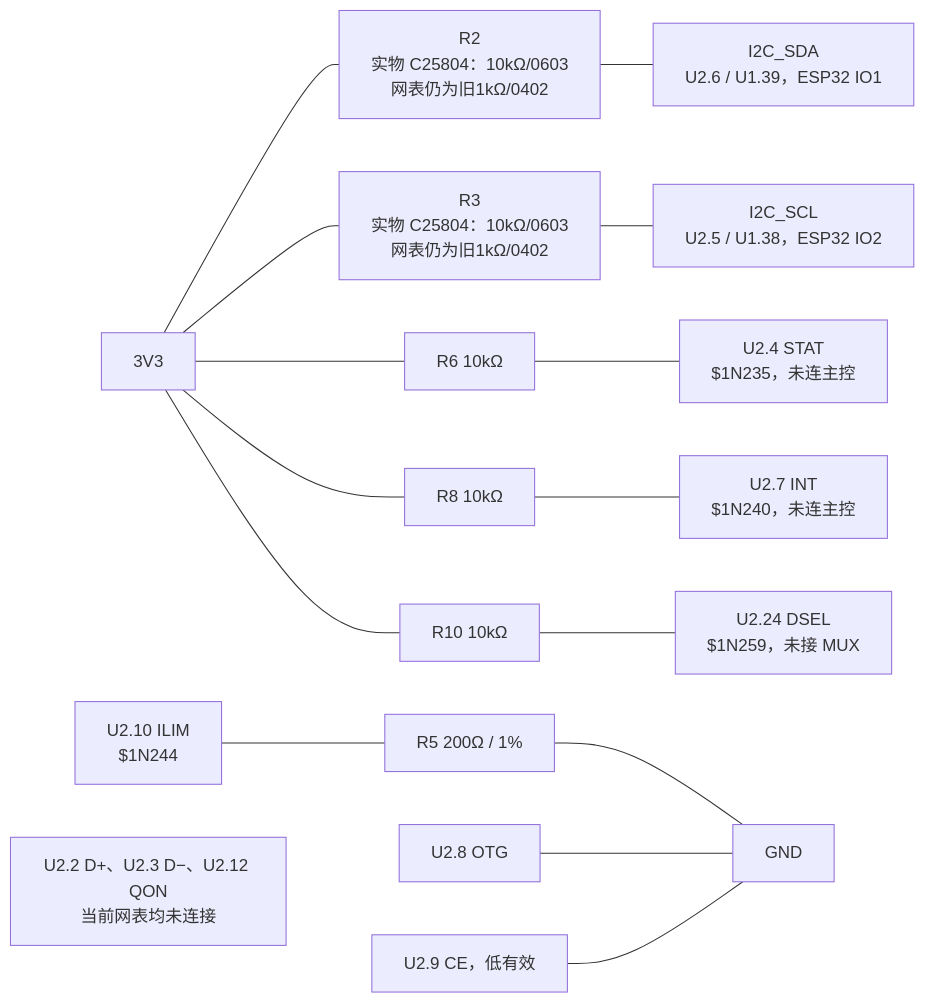
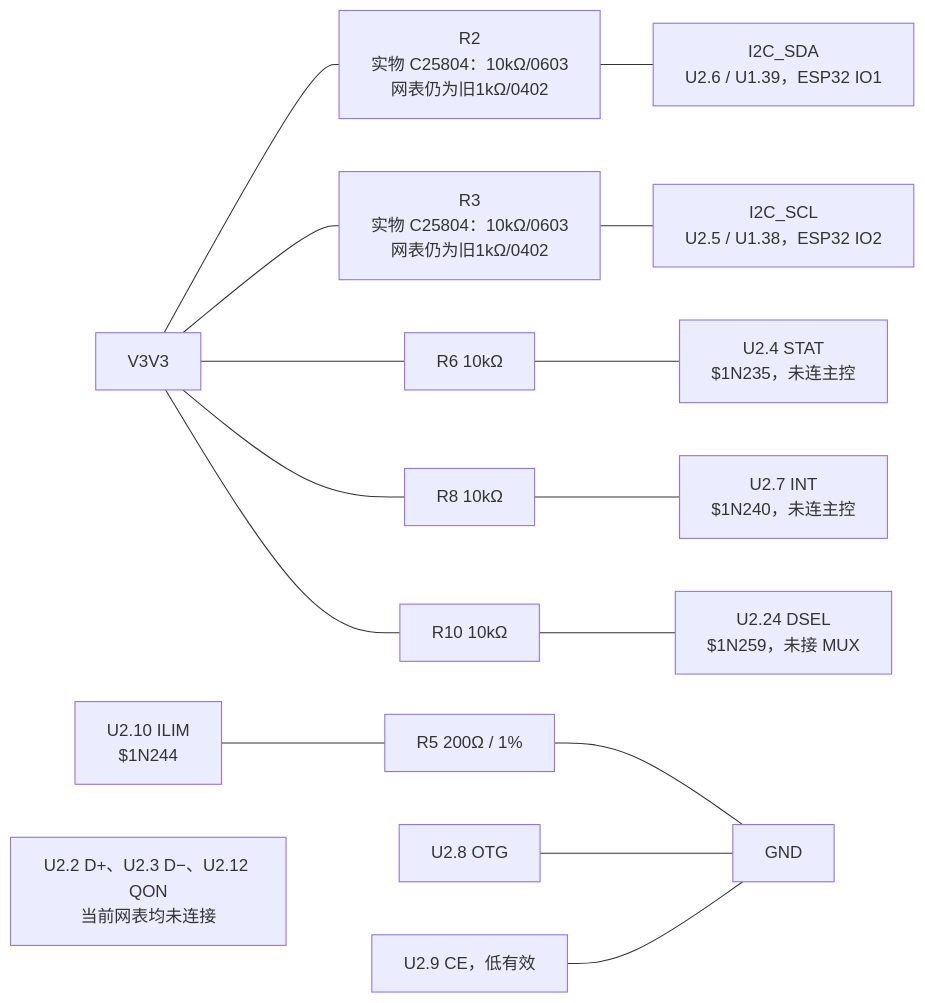
The fourth of 4 diagrams in docs/hardware/外围电路设计/bq25895rtwr外围电路设计与接线.md (zhanghongchen1213/Electronic_Wooden_Fish), drawn with Mermaid before and after one commit. The commit also changed other lines of this file and 15 other files, not shown here.

Commit message:
docs: 删除过时的电子木鱼项目文档，整合硬件原理图与电源网络命名规范，确保设计信息的准确性与一致性。同时，更新相关文档以反映最新的设计决策与接口信息，提升可读性与可追溯性。

````diff
--- a/docs/hardware/外围电路设计/bq25895rtwr外围电路设计与接线.md
+++ b/docs/hardware/外围电路设计/bq25895rtwr外围电路设计与接线.md
@@ -113,14 +114,14 @@
 ```mermaid
 flowchart LR
-  V["3V3"] --- R2["R2<br/>实物 C25804：10kΩ/0603<br/>网表仍为旧1kΩ/0402"]
+  V["V3V3"] --- R2["R2<br/>实物 C25804：10kΩ/0603<br/>网表仍为旧1kΩ/0402"]
   R2 --- SDA["I2C_SDA<br/>U2.6 / U1.39，ESP32 IO1"]
   V --- R3["R3<br/>实物 C25804：10kΩ/0603<br/>网表仍为旧1kΩ/0402"]
   R3 --- SCL["I2C_SCL<br/>U2.5 / U1.38，ESP32 IO2"]
   V --- R6["R6 10kΩ"] --- STAT["U2.4 STAT<br/>$1N235，未连主控"]
   V --- R8["R8 10kΩ"] --- INT["U2.7 INT<br/>$1N240，未连主控"]
   V --- R10["R10 10kΩ"] --- DS["U2.24 DSEL<br/>$1N259，未接 MUX"]
   IL["U2.10 ILIM<br/>$1N244"] --- R5["R5 200Ω / 1%"] --- G["GND"]
   OTG["U2.8 OTG"] --- G
   CE["U2.9 CE，低有效"] --- G
   NC["U2.2 D+、U2.3 D−、U2.12 QON<br/>当前网表均未连接"]
 ```
````
